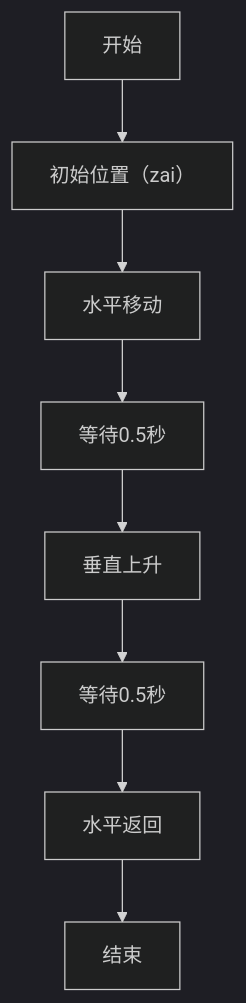
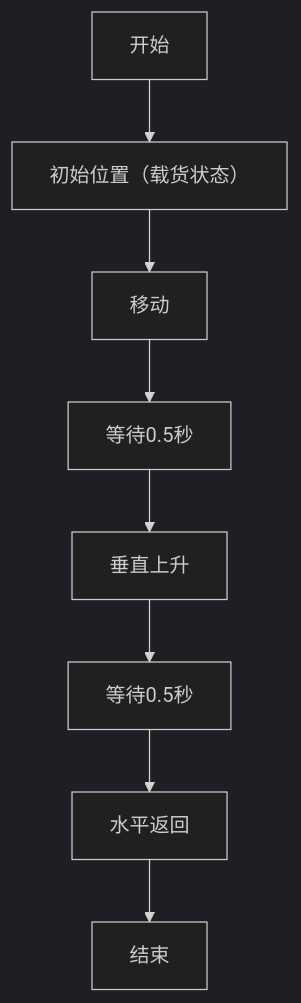
Before and after one commit to Mrmilu212/iodraw-files: the diagram in all/未命名-1.md, drawn with Mermaid (dark theme).

Commit message:
2025-05-20 14:49:56 update

````diff
--- a/all/未命名-1.md
+++ b/all/未命名-1.md
@@ -1,10 +1,10 @@
 ```mermaid
 graph TD
-    A[开始] --> B[初始位置（zai）]
-    B --> C[水平移动]
+    A[开始] --> B[初始位置（载货状态）]
+    B --> C[移动]
     C --> D[等待0.5秒]
     D --> E[垂直上升]
     E --> F[等待0.5秒]
     F --> G[水平返回]
     G --> H[结束]
 ```
````
